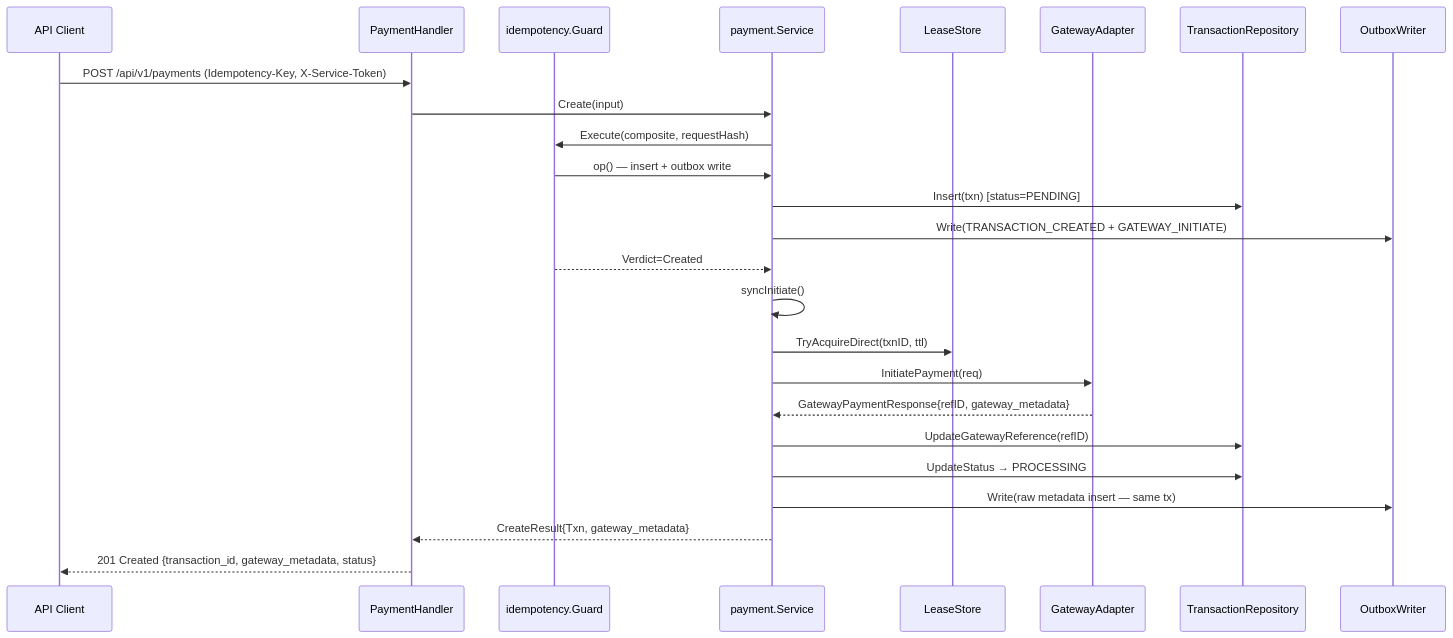
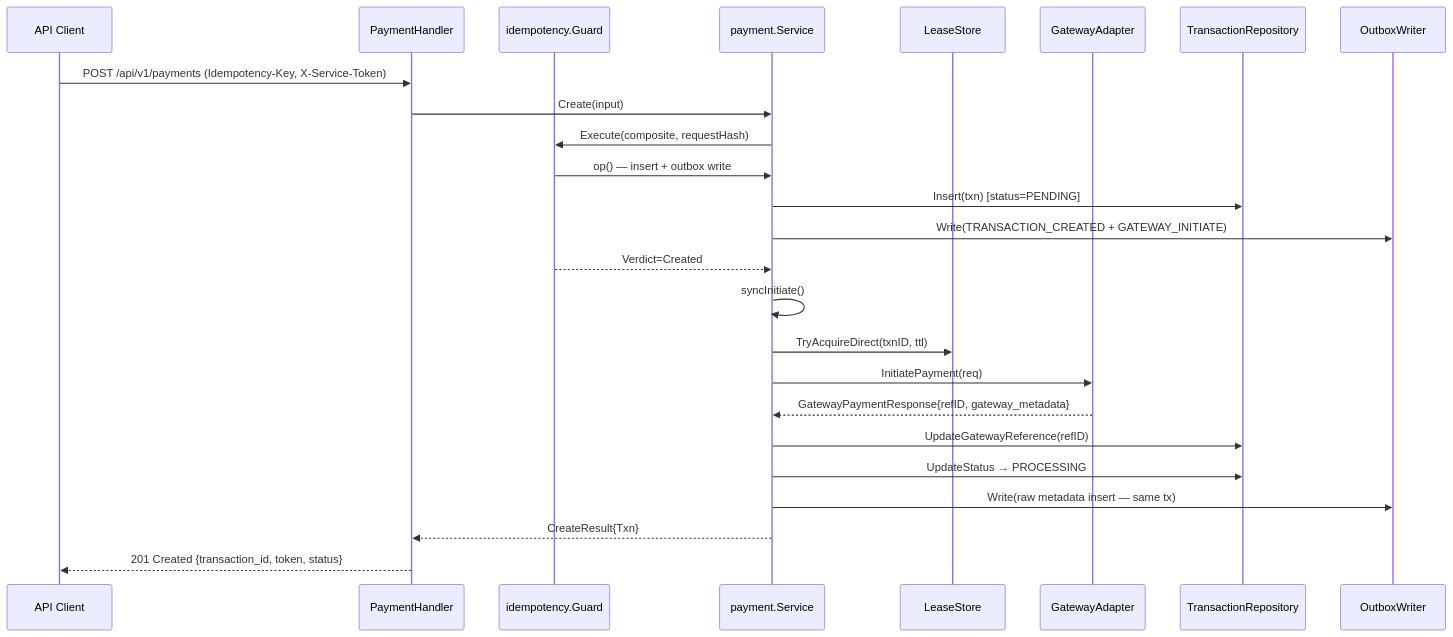
The third of 13 diagrams in README.md (flyluman/payment-service), drawn with Mermaid before and after one commit. The commit also changed other lines of this file and 30 other files, not shown here.

````diff
--- a/README.md
+++ b/README.md
@@ -322,28 +322,28 @@
 ```mermaid
 sequenceDiagram
     participant C as API Client
     participant H as PaymentHandler
     participant Idem as idempotency.Guard
     participant Svc as payment.Service
     participant Lease as LeaseStore
     participant GW as GatewayAdapter
     participant Repo as TransactionRepository
     participant Outbox as OutboxWriter
 
     C->>H: POST /api/v1/payments (Idempotency-Key, X-Service-Token)
     H->>Svc: Create(input)
     Svc->>Idem: Execute(composite, requestHash)
     Idem->>Svc: op() — insert + outbox write
     Svc->>Repo: Insert(txn) [status=PENDING]
     Svc->>Outbox: Write(TRANSACTION_CREATED + GATEWAY_INITIATE)
     Idem-->>Svc: Verdict=Created
     Svc->>Svc: syncInitiate()
     Svc->>Lease: TryAcquireDirect(txnID, ttl)
     Svc->>GW: InitiatePayment(req)
     GW-->>Svc: GatewayPaymentResponse{refID, gateway_metadata}
     Svc->>Repo: UpdateGatewayReference(refID)
     Svc->>Repo: UpdateStatus → PROCESSING
     Svc->>Outbox: Write(raw metadata insert — same tx)
-    Svc-->>H: CreateResult{Txn, gateway_metadata}
-    H-->>C: 201 Created {transaction_id, gateway_metadata, status}
+    Svc-->>H: CreateResult{Txn}
+    H-->>C: 201 Created {transaction_id, token, status}
 ```
````
